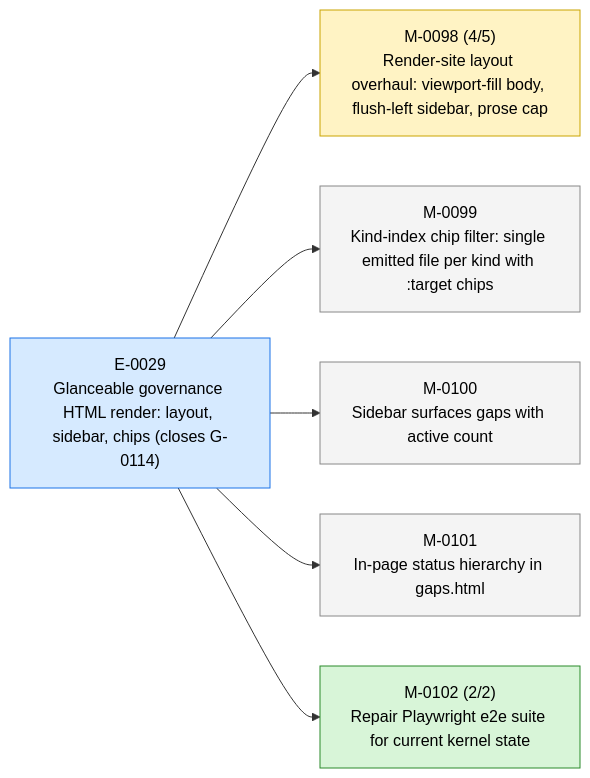
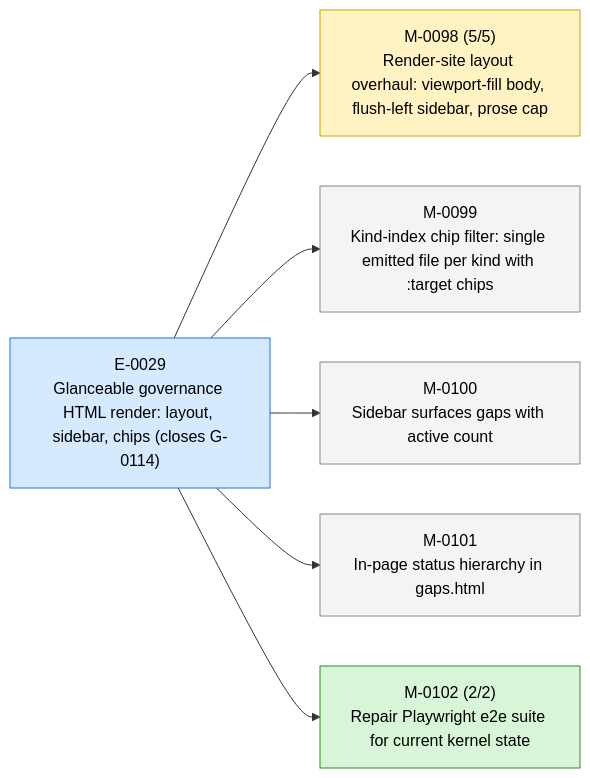
Before and after one commit to 23min/aiwf: the first of 3 diagrams in STATUS.md, drawn with Mermaid. The commit also changed other lines of this file and 1 other file, not shown here.

````diff
--- a/STATUS.md
+++ b/STATUS.md
@@ -17,20 +17,20 @@
 ```mermaid
 flowchart LR
   E_0029["E-0029<br/>Glanceable governance HTML render: layout, sidebar, chips (closes G-0114)"]:::epic_active
-  M_0098["M-0098 (4/5)<br/>Render-site layout overhaul: viewport-fill body, flush-left sidebar, prose cap"]:::ms_in_progress
+  M_0098["M-0098 (5/5)<br/>Render-site layout overhaul: viewport-fill body, flush-left sidebar, prose cap"]:::ms_in_progress
   E_0029 --> M_0098
   M_0099["M-0099<br/>Kind-index chip filter: single emitted file per kind with :target chips"]:::ms_draft
   E_0029 --> M_0099
   M_0100["M-0100<br/>Sidebar surfaces gaps with active count"]:::ms_draft
   E_0029 --> M_0100
   M_0101["M-0101<br/>In-page status hierarchy in gaps.html"]:::ms_draft
   E_0029 --> M_0101
   M_0102["M-0102 (2/2)<br/>Repair Playwright e2e suite for current kernel state"]:::ms_done
   E_0029 --> M_0102
   classDef epic_active fill:#d6eaff,stroke:#1a73e8,color:#000
   classDef epic_proposed fill:#f4f4f4,stroke:#888,color:#000
   classDef ms_done fill:#d8f5d8,stroke:#2a8a2a,color:#000
   classDef ms_in_progress fill:#fff3c4,stroke:#caa400,color:#000
   classDef ms_draft fill:#f4f4f4,stroke:#888,color:#000
   classDef ms_cancelled fill:#fbeaea,stroke:#c33,color:#000
 ```
````
